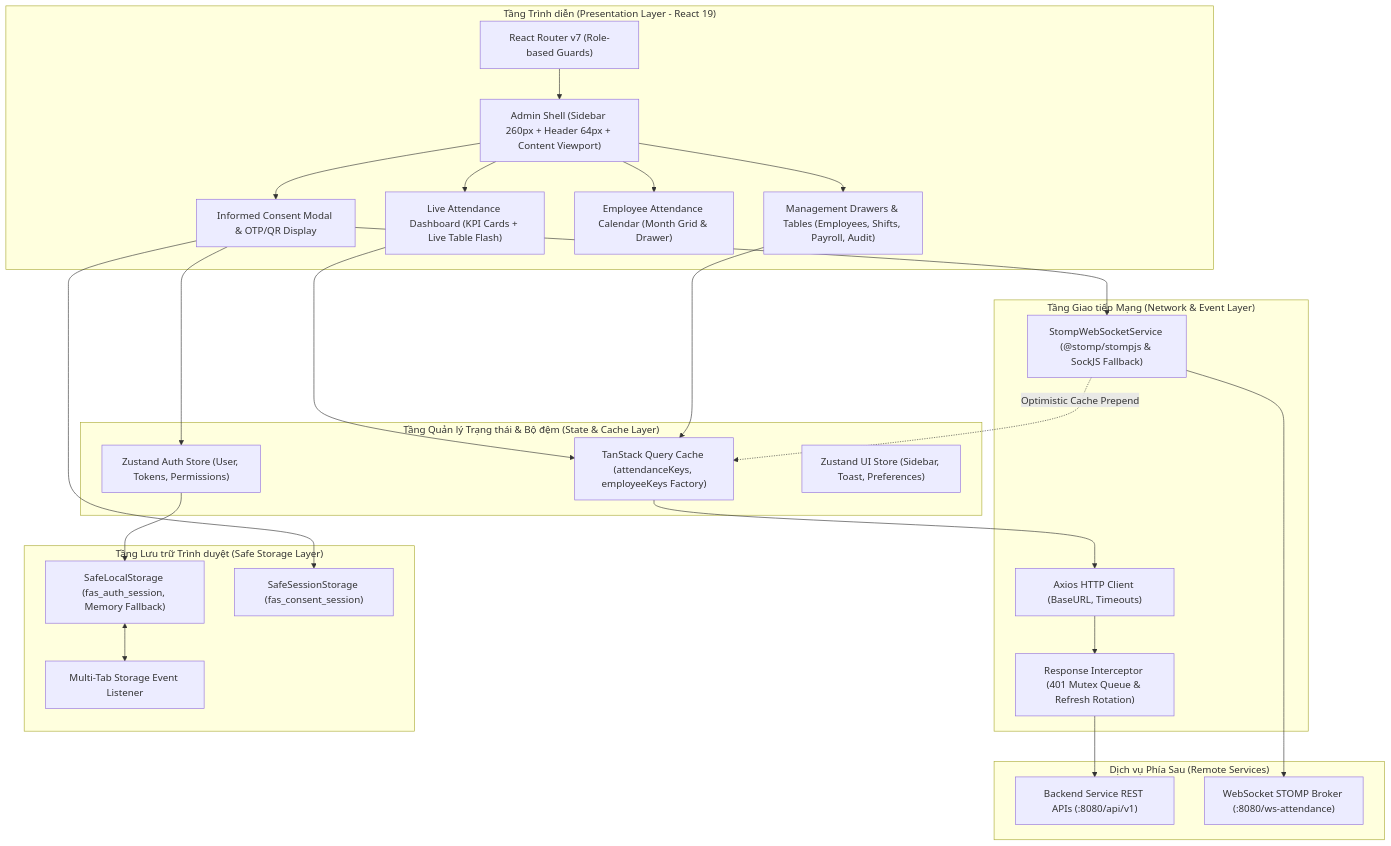
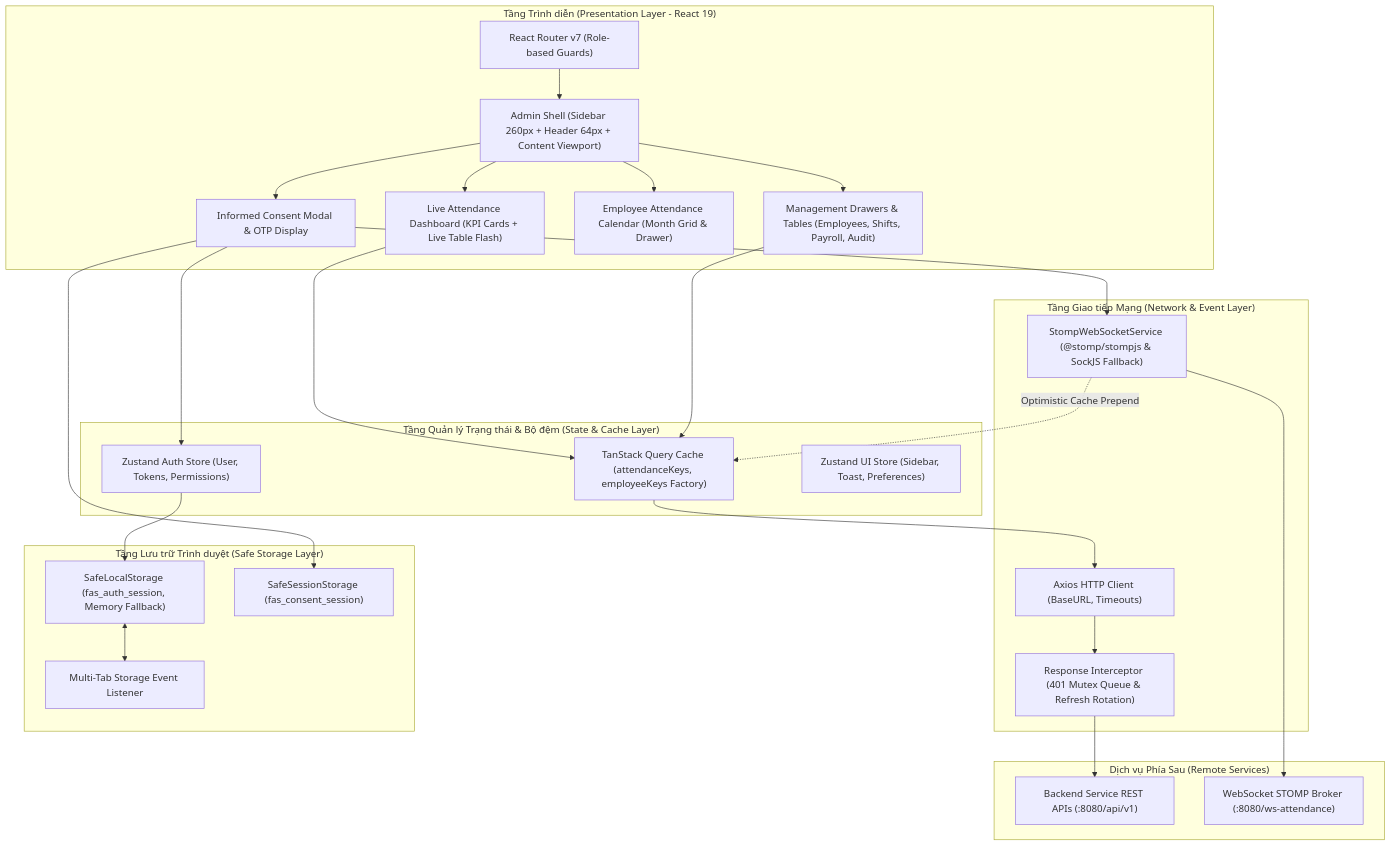
One commit to nvdung250405/face-attendance-system changed the first of 4 diagrams in docs/subsystem-docs/web-portal/specs/spec.md. Above: the diagram before and after it, drawn with Mermaid. The commit also changed other lines of this file and 13 other files, not shown here.

````diff
--- a/docs/subsystem-docs/web-portal/specs/spec.md
+++ b/docs/subsystem-docs/web-portal/specs/spec.md
@@ -86,55 +86,55 @@
 ```mermaid
 graph TD
     subgraph Presentation_Layer["Tầng Trình diễn (Presentation Layer - React 19)"]
         Router["React Router v7 (Role-based Guards)"]
         AdminShell["Admin Shell (Sidebar 260px + Header 64px + Content Viewport)"]
         LiveDashboard["Live Attendance Dashboard (KPI Cards + Live Table Flash)"]
-        ConsentFlow["Informed Consent Modal & OTP/QR Display"]
+        ConsentFlow["Informed Consent Modal & OTP Display"]
         EmployeeCalendar["Employee Attendance Calendar (Month Grid & Drawer)"]
         AdminModules["Management Drawers & Tables (Employees, Shifts, Payroll, Audit)"]
     end
 
     subgraph State_Layer["Tầng Quản lý Trạng thái & Bộ đệm (State & Cache Layer)"]
         ZustandAuth["Zustand Auth Store (User, Tokens, Permissions)"]
         TanStackQuery["TanStack Query Cache (attendanceKeys, employeeKeys Factory)"]
         UIStore["Zustand UI Store (Sidebar, Toast, Preferences)"]
     end
 
     subgraph Communication_Layer["Tầng Giao tiếp Mạng (Network & Event Layer)"]
         AxiosClient["Axios HTTP Client (BaseURL, Timeouts)"]
         AuthInterceptor["Response Interceptor (401 Mutex Queue & Refresh Rotation)"]
         StompClient["StompWebSocketService (@stomp/stompjs & SockJS Fallback)"]
     end
 
     subgraph Client_Storage["Tầng Lưu trữ Trình duyệt (Safe Storage Layer)"]
         SafeLocal["SafeLocalStorage (fas_auth_session, Memory Fallback)"]
         SafeSession["SafeSessionStorage (fas_consent_session)"]
         TabSync["Multi-Tab Storage Event Listener"]
     end
 
     subgraph Backend_Gateway["Dịch vụ Phía Sau (Remote Services)"]
         BackendREST["Backend Service REST APIs (:8080/api/v1)"]
         BackendWS["WebSocket STOMP Broker (:8080/ws-attendance)"]
     end
 
     Router --> AdminShell
     AdminShell --> LiveDashboard
     AdminShell --> ConsentFlow
     AdminShell --> EmployeeCalendar
     AdminShell --> AdminModules
 
     LiveDashboard --> TanStackQuery
     ConsentFlow --> ZustandAuth
     ConsentFlow --> StompClient
     AdminModules --> TanStackQuery
 
     TanStackQuery --> AxiosClient
     ZustandAuth --> SafeLocal
     ConsentFlow --> SafeSession
     SafeLocal <--> TabSync
 
     AxiosClient --> AuthInterceptor
     AuthInterceptor --> BackendREST
     StompClient --> BackendWS
     StompClient -.->|Optimistic Cache Prepend| TanStackQuery
 ```
````
